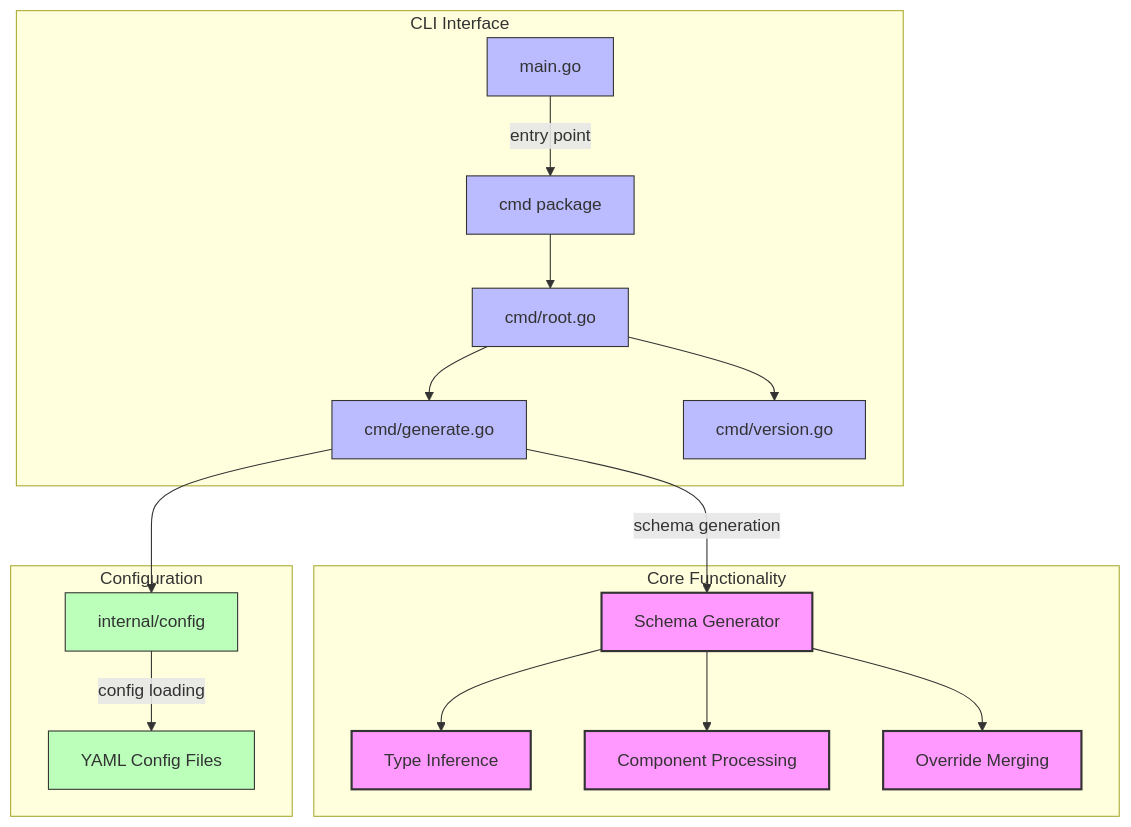
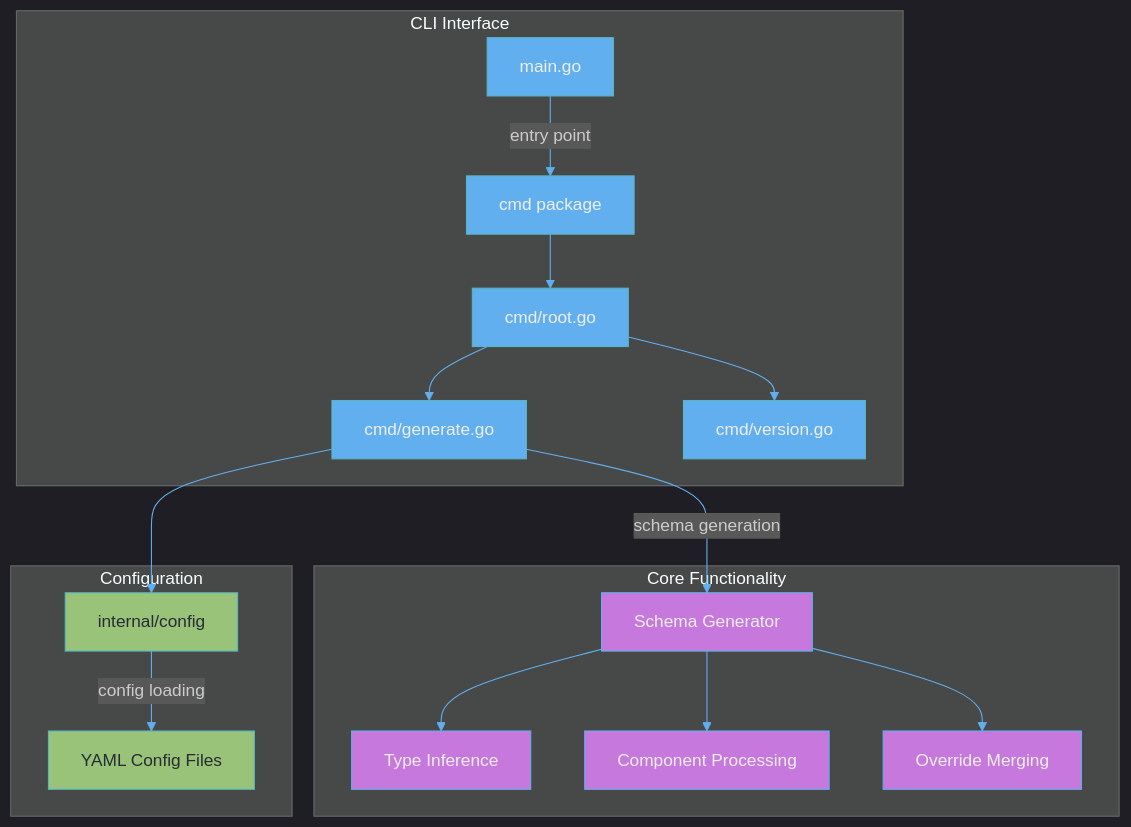
One commit to mkm29/valet changed the diagram in README.md. Above: the diagram before and after it, drawn with Mermaid.

Commit message:
feat: enhance architecture diagram with dark theme and improved color scheme

````diff
--- a/README.md
+++ b/README.md
@@ -40,37 +40,50 @@
 ```mermaid
+%%{
+  init: {
+    'theme': 'dark',
+    'themeVariables': {
+      'primaryColor': '#3e4451',
+      'primaryTextColor': '#abb2bf',
+      'primaryBorderColor': '#56b6c2',
+      'lineColor': '#61afef',
+      'secondaryColor': '#2c313c',
+      'tertiaryColor': '#3b4048'
+    }
+  }
+}%%
 graph TD
     Main[main.go] --> |entry point| Cmd[cmd package]
     Cmd --> RootCmd[cmd/root.go]
     RootCmd --> GenerateCmd[cmd/generate.go]
     RootCmd --> VersionCmd[cmd/version.go]
     GenerateCmd --> Config[internal/config]
     GenerateCmd --> |schema generation| SchemaGen[Schema Generator]
     Config --> |config loading| YAML[YAML Config Files]
     
     subgraph "Core Functionality"
         SchemaGen --> TypeInference[Type Inference]
         SchemaGen --> ComponentHandling[Component Processing]
         SchemaGen --> OverrideMerging[Override Merging]
     end
     
     subgraph "CLI Interface"
         Main
         Cmd
         RootCmd
         GenerateCmd
         VersionCmd
     end
     
     subgraph "Configuration"
         Config
         YAML
     end
     
-    classDef core fill:#f9f,stroke:#333,stroke-width:2px;
-    classDef cli fill:#bbf,stroke:#333,stroke-width:1px;
-    classDef config fill:#bfb,stroke:#333,stroke-width:1px;
+    classDef core fill:#c678dd,stroke:#61afef,stroke-width:1px,color:#efefef;
+    classDef cli fill:#61afef,stroke:#56b6c2,stroke-width:1px,color:#efefef;
+    classDef config fill:#98c379,stroke:#56b6c2,stroke-width:1px,color:#282c34;
     
     class SchemaGen,TypeInference,ComponentHandling,OverrideMerging core;
     class Main,Cmd,RootCmd,GenerateCmd,VersionCmd cli;
     class Config,YAML config;
 ```
````
